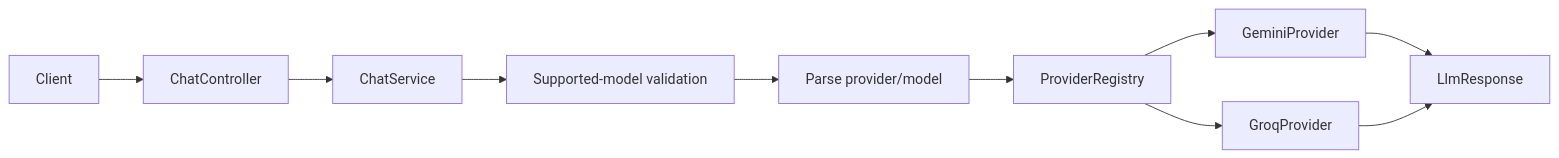
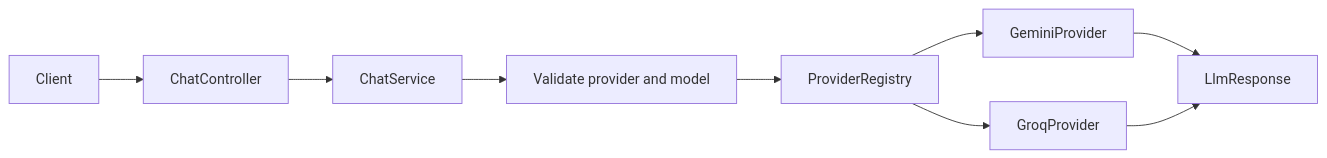
The diagram in docs/AI_GATEWAY_REQUIREMENTS.md (from-import/ai-platform), drawn with Mermaid before and after one commit. The commit also changed other lines of this file and 76 other files, not shown here.

````diff
--- a/docs/AI_GATEWAY_REQUIREMENTS.md
+++ b/docs/AI_GATEWAY_REQUIREMENTS.md
@@ -114,12 +142,11 @@
 ```mermaid
 flowchart LR
     Client["Client"] --> Controller["ChatController"]
     Controller --> Service["ChatService"]
-    Service --> Allowlist["Supported-model validation"]
-    Allowlist --> Parse["Parse provider/model"]
-    Parse --> Registry["ProviderRegistry"]
+    Service --> Allowlist["Validate provider and model"]
+    Allowlist --> Registry["ProviderRegistry"]
     Registry --> Gemini["GeminiProvider"]
     Registry --> Groq["GroqProvider"]
     Gemini --> Result["LlmResponse"]
     Groq --> Result
 ```
````
